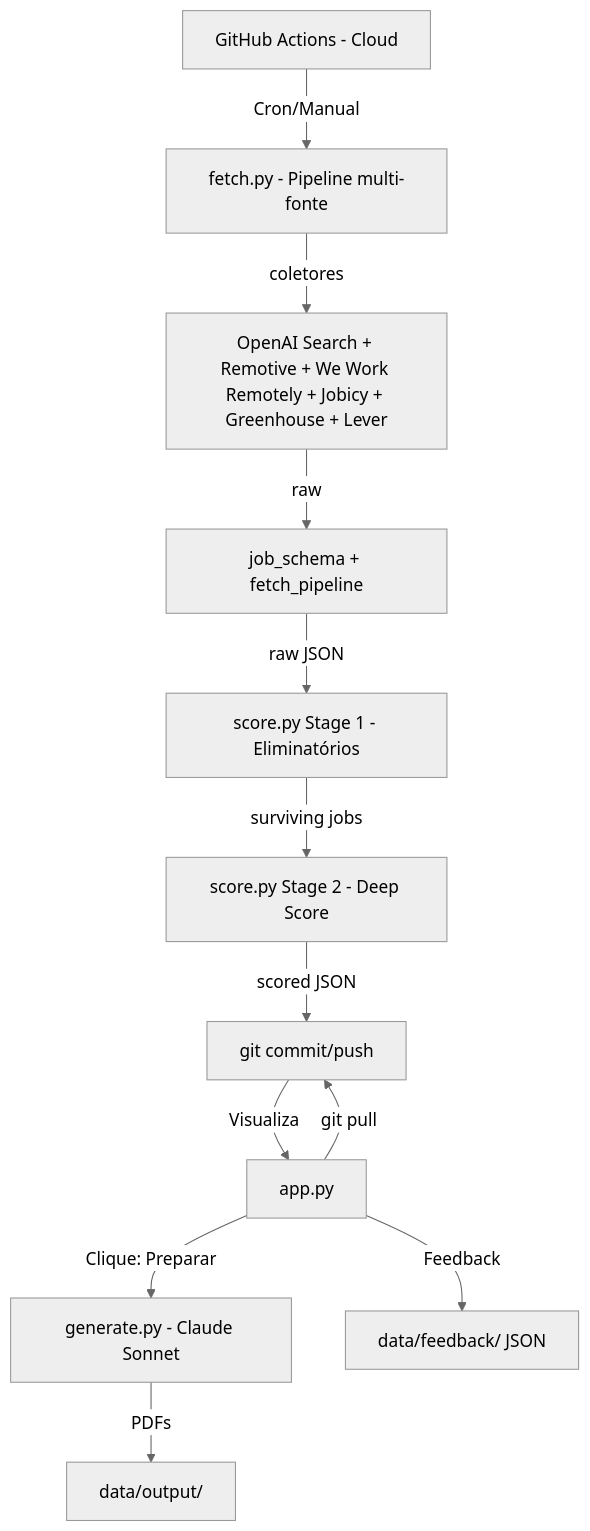
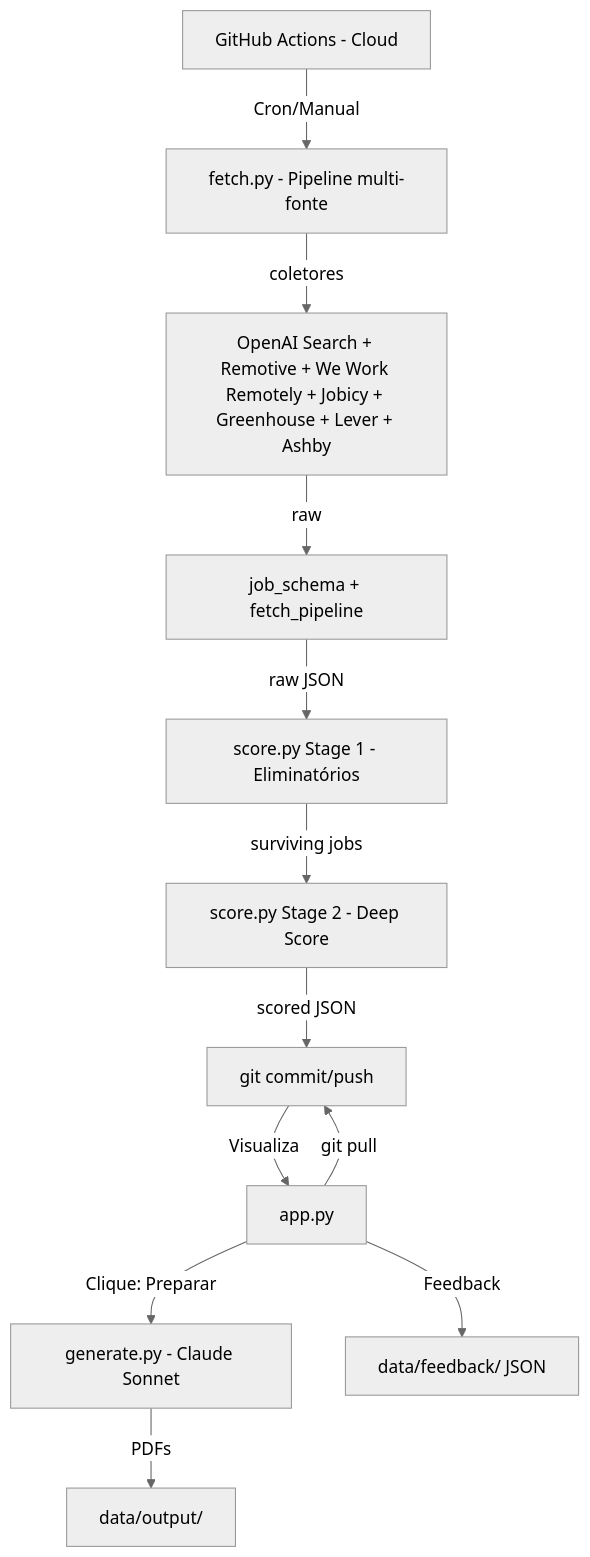
One commit to gmaiarviana/job_radar changed the diagram in ARCHITECTURE.md. Above: the diagram before and after it, drawn with Mermaid (neutral theme). The commit also changed other lines of this file and 4 other files, not shown here.

````diff
--- a/ARCHITECTURE.md
+++ b/ARCHITECTURE.md
@@ -11,15 +11,15 @@
 ```mermaid
 graph TD
     A[GitHub Actions - Cloud] -->|Cron/Manual| B[fetch.py - Pipeline multi-fonte]
-    B -->|coletores| B1[OpenAI Search + Remotive + We Work Remotely + Jobicy + Greenhouse + Lever]
+    B -->|coletores| B1[OpenAI Search + Remotive + We Work Remotely + Jobicy + Greenhouse + Lever + Ashby]
     B1 -->|raw| B2[job_schema + fetch_pipeline]
     B2 -->|raw JSON| C[score.py Stage 1 - Eliminatórios]
     C -->|surviving jobs| D[score.py Stage 2 - Deep Score]
     D -->|scored JSON| E[git commit/push]
     
     F[Streamlit - Local] -->|git pull| E
     E -->|Visualiza| F[app.py]
     F -->|Clique: Preparar| G[generate.py - Claude Sonnet]
     G -->|PDFs| H[data/output/]
     F -->|Feedback| I[data/feedback/ JSON]
 ```
````
